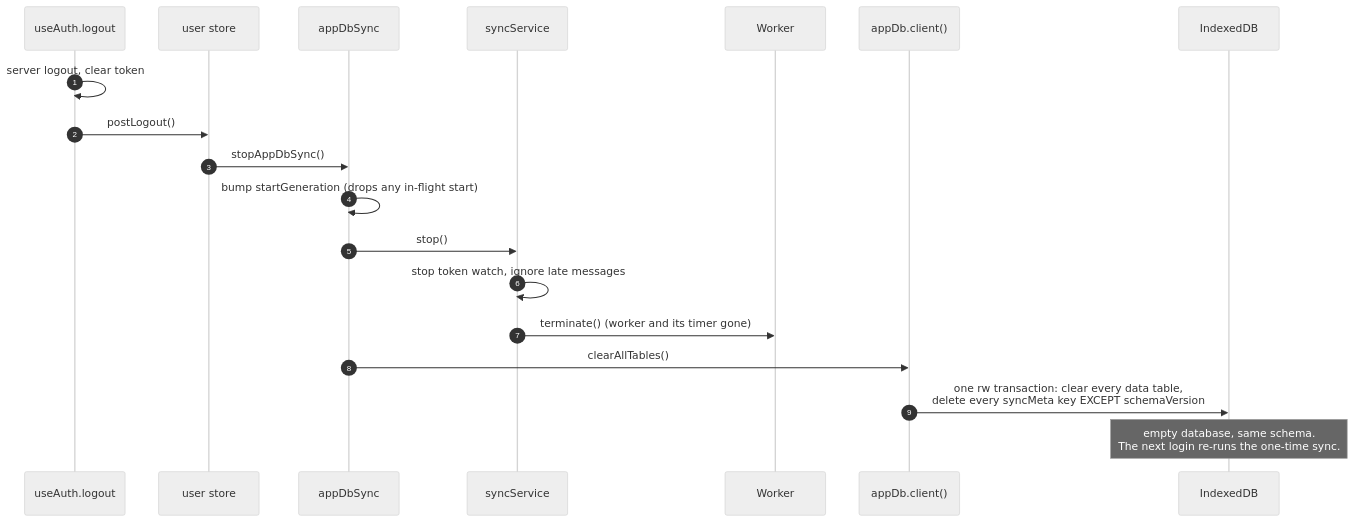
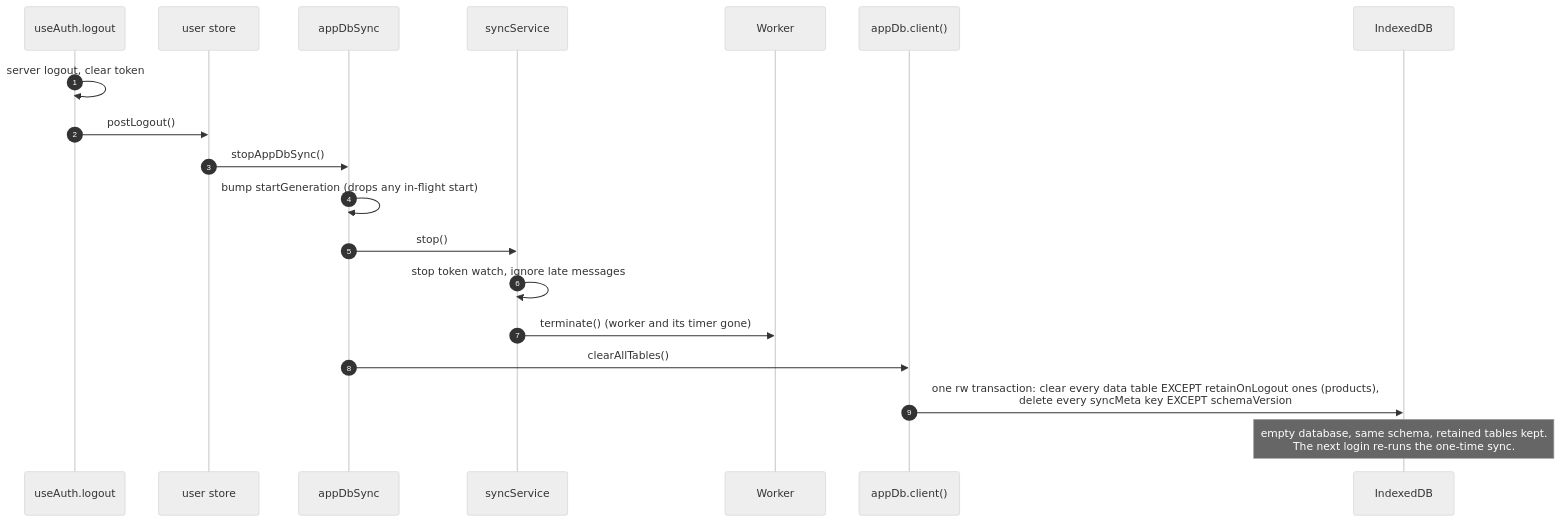
One commit to hotwax/accxui changed diagram 11 of 11 in docs/APP_DB_SYNC_FLOWS.md. Above: the diagram before and after it, drawn with Mermaid (neutral theme). The commit also changed other lines of this file and 1 other file, not shown here.

````diff
--- a/docs/APP_DB_SYNC_FLOWS.md
+++ b/docs/APP_DB_SYNC_FLOWS.md
@@ -310,22 +379,22 @@
 ```mermaid
 sequenceDiagram
     autonumber
     participant AUTH as useAuth.logout
     participant US as user store
     participant SAS as appDbSync
     participant SS as syncService
     participant H as Worker
     participant C as appDb.client()
     participant DB as IndexedDB
 
     AUTH->>AUTH: server logout, clear token
     AUTH->>US: postLogout()
     US->>SAS: stopAppDbSync()
     SAS->>SAS: bump startGeneration (drops any in-flight start)
     SAS->>SS: stop()
     SS->>SS: stop token watch, ignore late messages
     SS->>H: terminate() (worker and its timer gone)
     SAS->>C: clearAllTables()
-    C->>DB: one rw transaction: clear every data table,<br/>delete every syncMeta key EXCEPT schemaVersion
-    Note over DB: empty database, same schema.<br/>The next login re-runs the one-time sync.
+    C->>DB: one rw transaction: clear every data table EXCEPT retainOnLogout ones (products),<br/>delete every syncMeta key EXCEPT schemaVersion
+    Note over DB: empty database, same schema, retained tables kept.<br/>The next login re-runs the one-time sync.
 ```
````
